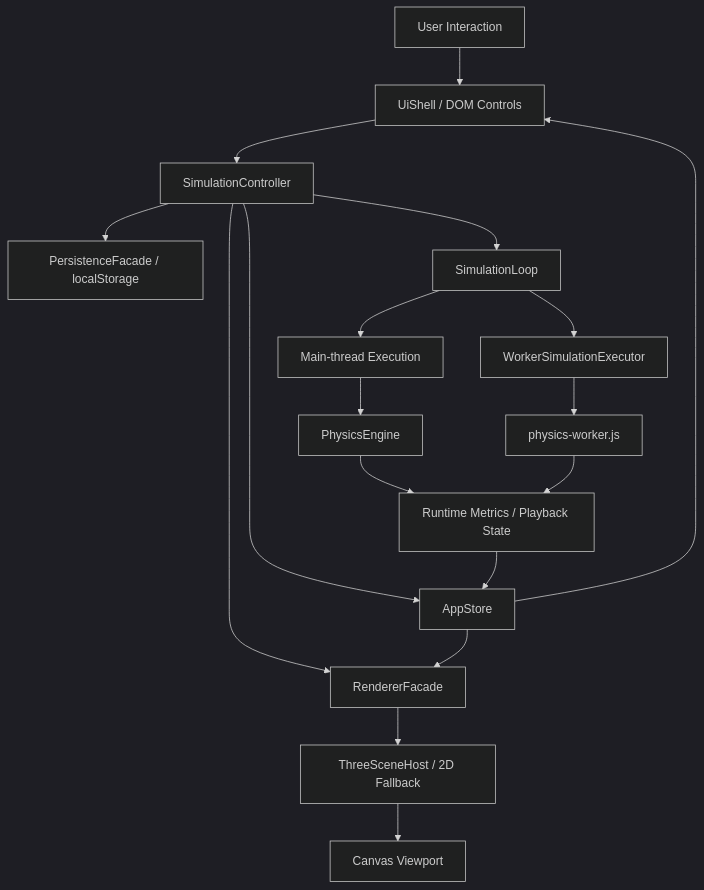
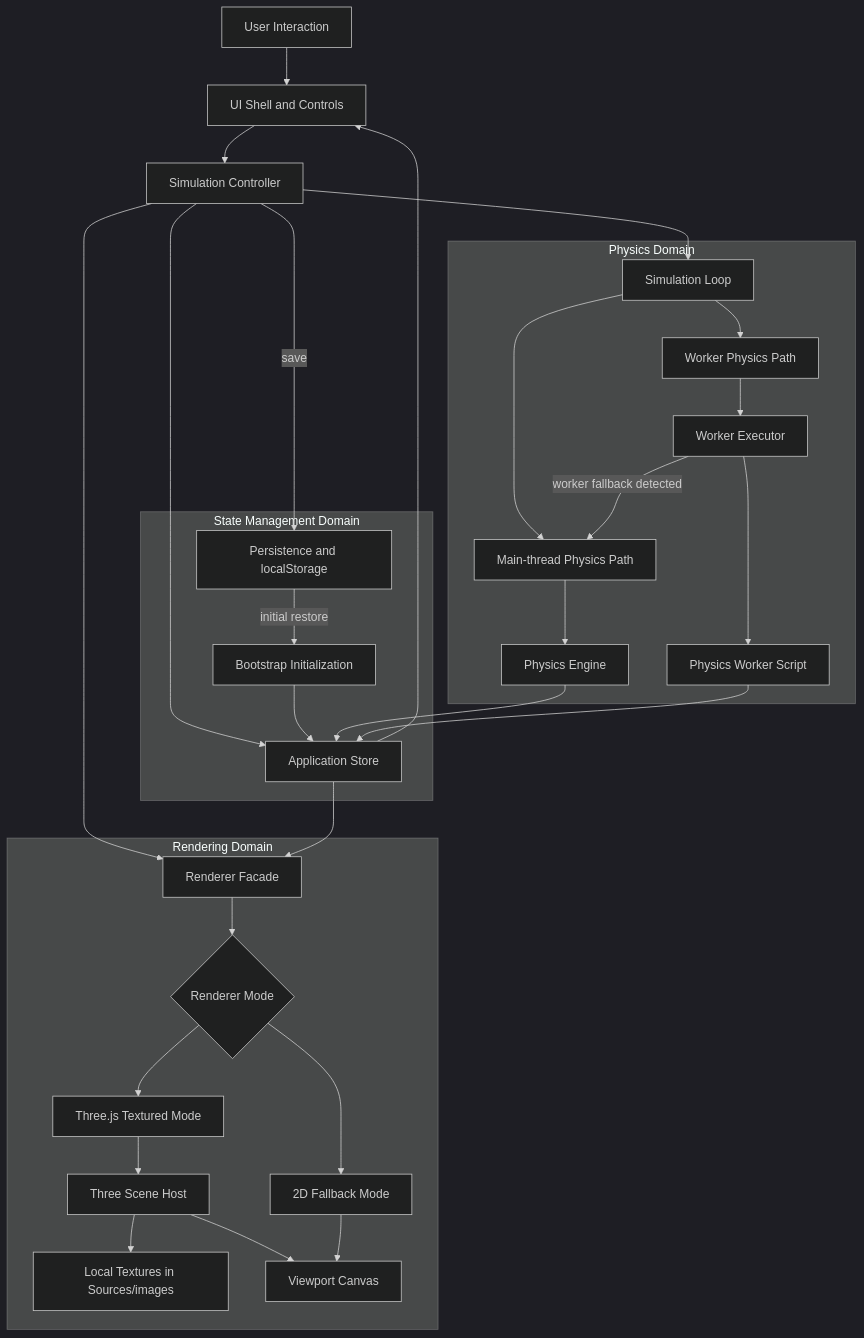
The diagram in README.md (Fujiwo/Shos.NBodyProblemSimulator), drawn with Mermaid (dark theme) before and after one commit. The commit also changed other lines of this file and 1 other file, not shown here.

Commit message:
feat: update flowchart in README files for improved clarity on architecture and data flow

````diff
--- a/README.md
+++ b/README.md
@@ -25,20 +25,41 @@
 ```mermaid
 flowchart TD
-	User[User Interaction] --> UI[UiShell / DOM Controls]
-	UI --> Controller[SimulationController]
-	Controller --> Store[AppStore]
-	Controller --> Persistence[PersistenceFacade / localStorage]
-	Controller --> Renderer[RendererFacade]
-	Controller --> Loop[SimulationLoop]
-	Loop --> MainExec[Main-thread Execution]
-	Loop --> WorkerExec[WorkerSimulationExecutor]
-	MainExec --> Physics[PhysicsEngine]
-	WorkerExec --> Worker[physics-worker.js]
-	Physics --> RuntimeState[Runtime Metrics / Playback State]
-	Worker --> RuntimeState
-	RuntimeState --> Store
-	Store --> UI
+	User[User Interaction] --> Controls[UI Shell and Controls]
+	Controls --> Controller[Simulation Controller]
+	Controller --> Loop[Simulation Loop]
+	Controller --> Renderer[Renderer Facade]
+
+	subgraph StateDomain[State Management Domain]
+		Store[Application Store]
+		Bootstrap[Bootstrap Initialization]
+		Persistence[Persistence and localStorage]
+	end
+
+	subgraph PhysicsDomain[Physics Domain]
+		Loop --> MainPath[Main-thread Physics Path]
+		Loop --> WorkerPath[Worker Physics Path]
+		MainPath --> Physics[Physics Engine]
+		WorkerPath --> WorkerExecutor[Worker Executor]
+		WorkerExecutor --> WorkerScript[Physics Worker Script]
+		WorkerExecutor -- worker fallback detected --> MainPath
+	end
+
+	subgraph RenderingDomain[Rendering Domain]
+		Renderer --> RenderMode{Renderer Mode}
+		RenderMode --> ThreeMode[Three.js Textured Mode]
+		RenderMode --> FallbackMode[2D Fallback Mode]
+		ThreeMode --> ThreeHost[Three Scene Host]
+		ThreeHost --> TextureAssets[Local Textures in Sources/images]
+		ThreeHost --> Viewport[Viewport Canvas]
+		FallbackMode --> Viewport
+	end
+
+	Controller --> Store
+	Controller -- save --> Persistence
+	Persistence -- initial restore --> Bootstrap
+	Bootstrap --> Store
+	Physics --> Store
+	WorkerScript --> Store
+	Store --> Controls
 	Store --> Renderer
-	Renderer --> ThreeHost[ThreeSceneHost / 2D Fallback]
-	ThreeHost --> Viewport[Canvas Viewport]
 ```
````
